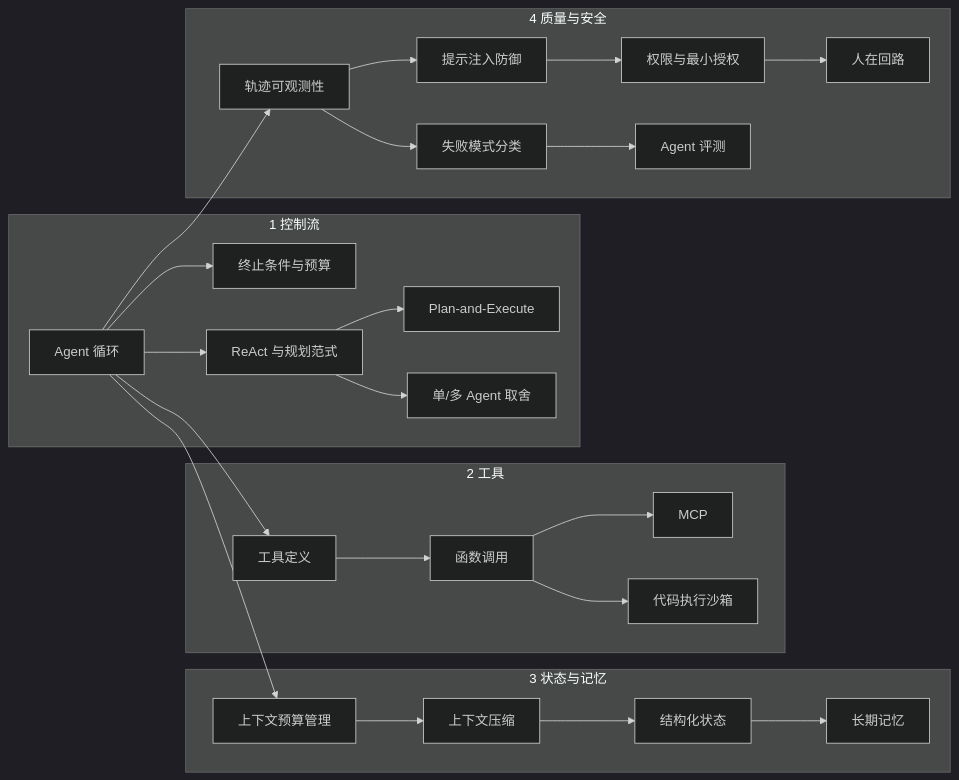
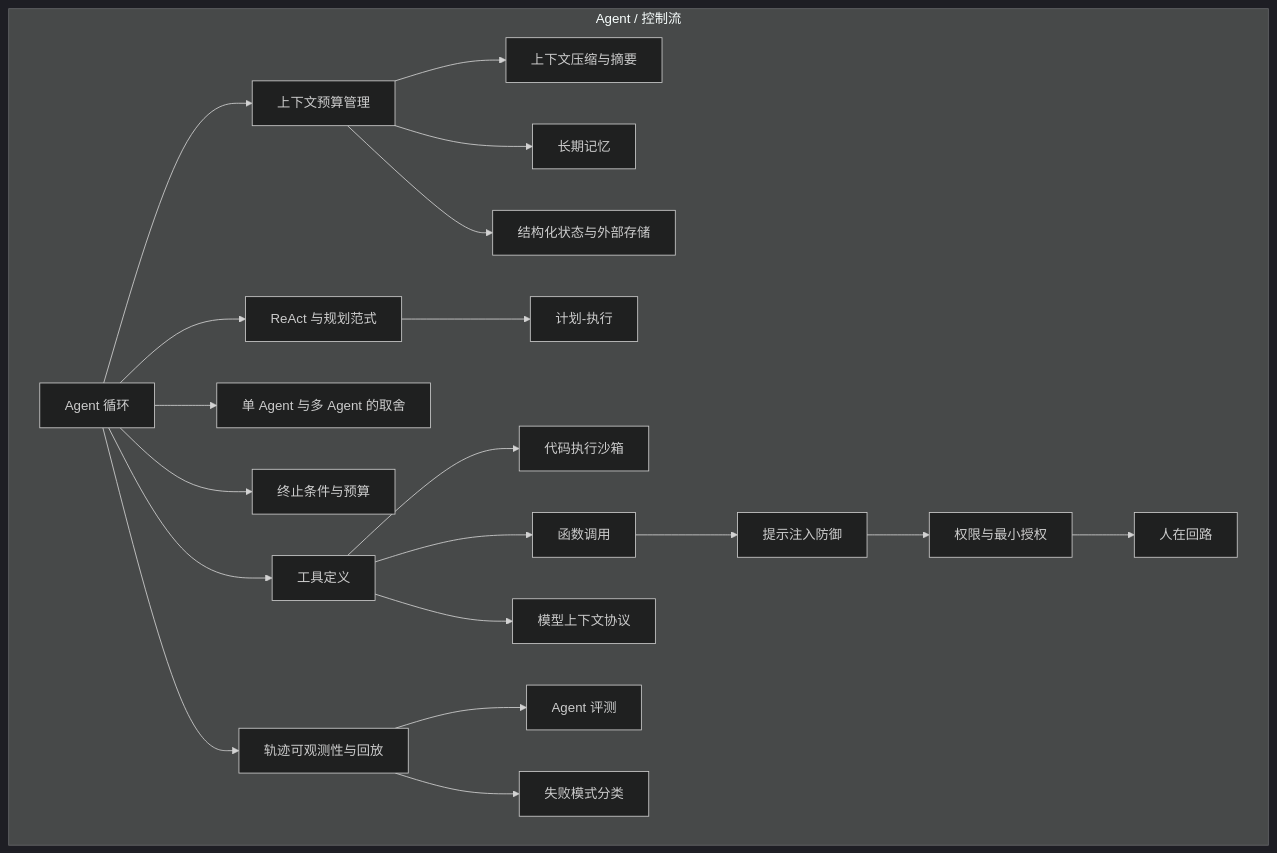
The diagram in maps/agent.md (paike309/concept-atlas), drawn with Mermaid (dark theme) before and after one commit. The commit also changed 13 other files, not shown here.

First line of the commit message:
feat: 补许可 + 地图自动生成器 + 校验扩展 + 第 2 轮核查清单 (#3)

````diff
--- a/maps/agent.md
+++ b/maps/agent.md
@@ -9,46 +9,42 @@
 ```mermaid
-flowchart LR
-    subgraph CT["1 控制流"]
-        C1["Agent 循环"]
-        C2["终止条件与预算"]
-        C3["ReAct 与规划范式"]
-        C4["Plan-and-Execute"]
-        C5["单/多 Agent 取舍"]
+flowchart TD
+    subgraph G_agent["Agent / 控制流"]
+    n_agent_evaluation["Agent 评测"]
+    n_agent_loop["Agent 循环"]
+    n_code_execution_sandbox["代码执行沙箱"]
+    n_context_budget["上下文预算管理"]
+    n_context_compression["上下文压缩与摘要"]
+    n_failure_modes["失败模式分类"]
+    n_function_calling["函数调用"]
+    n_human_in_the_loop["人在回路"]
+    n_least_privilege["权限与最小授权"]
+    n_long_term_memory["长期记忆"]
+    n_mcp["模型上下文协议"]
+    n_plan_and_execute["计划-执行"]
+    n_prompt_injection_defense["提示注入防御"]
+    n_react_and_planning["ReAct 与规划范式"]
+    n_single_vs_multi_agent["单 Agent 与多 Agent 的取舍"]
+    n_structured_state["结构化状态与外部存储"]
+    n_termination_and_budget["终止条件与预算"]
+    n_tool_definition["工具定义"]
+    n_trajectory_observability["轨迹可观测性与回放"]
     end
-
-    subgraph TL["2 工具"]
-        T1["工具定义"]
-        T2["函数调用"]
-        T3["MCP"]
-        T4["代码执行沙箱"]
-    end
-
-    subgraph ST["3 状态与记忆"]
-        S1["上下文预算管理"]
-        S2["上下文压缩"]
-        S3["结构化状态"]
-        S4["长期记忆"]
-    end
-
-    subgraph QA["4 质量与安全"]
-        Q1["轨迹可观测性"]
-        Q2["失败模式分类"]
-        Q3["提示注入防御"]
-        Q4["权限与最小授权"]
-        Q5["人在回路"]
-        Q6["Agent 评测"]
-    end
-
-    C1 --> C2
-    C1 --> C3 --> C4
-    C3 --> C5
-    C1 --> T1 --> T2 --> T3
-    T2 --> T4
-    C1 --> S1 --> S2
-    S2 --> S3
-    S3 --> S4
-    C1 --> Q1 --> Q2
-    Q1 --> Q3 --> Q4
-    Q4 --> Q5
-    Q2 --> Q6
+    n_trajectory_observability --> n_agent_evaluation
+    n_tool_definition --> n_code_execution_sandbox
+    n_agent_loop --> n_context_budget
+    n_context_budget --> n_context_compression
+    n_trajectory_observability --> n_failure_modes
+    n_tool_definition --> n_function_calling
+    n_least_privilege --> n_human_in_the_loop
+    n_prompt_injection_defense --> n_least_privilege
+    n_context_budget --> n_long_term_memory
+    n_tool_definition --> n_mcp
+    n_react_and_planning --> n_plan_and_execute
+    n_function_calling --> n_prompt_injection_defense
+    n_agent_loop --> n_react_and_planning
+    n_agent_loop --> n_single_vs_multi_agent
+    n_context_budget --> n_structured_state
+    n_agent_loop --> n_termination_and_budget
+    n_agent_loop --> n_tool_definition
+    n_agent_loop --> n_trajectory_observability
 ```
````
